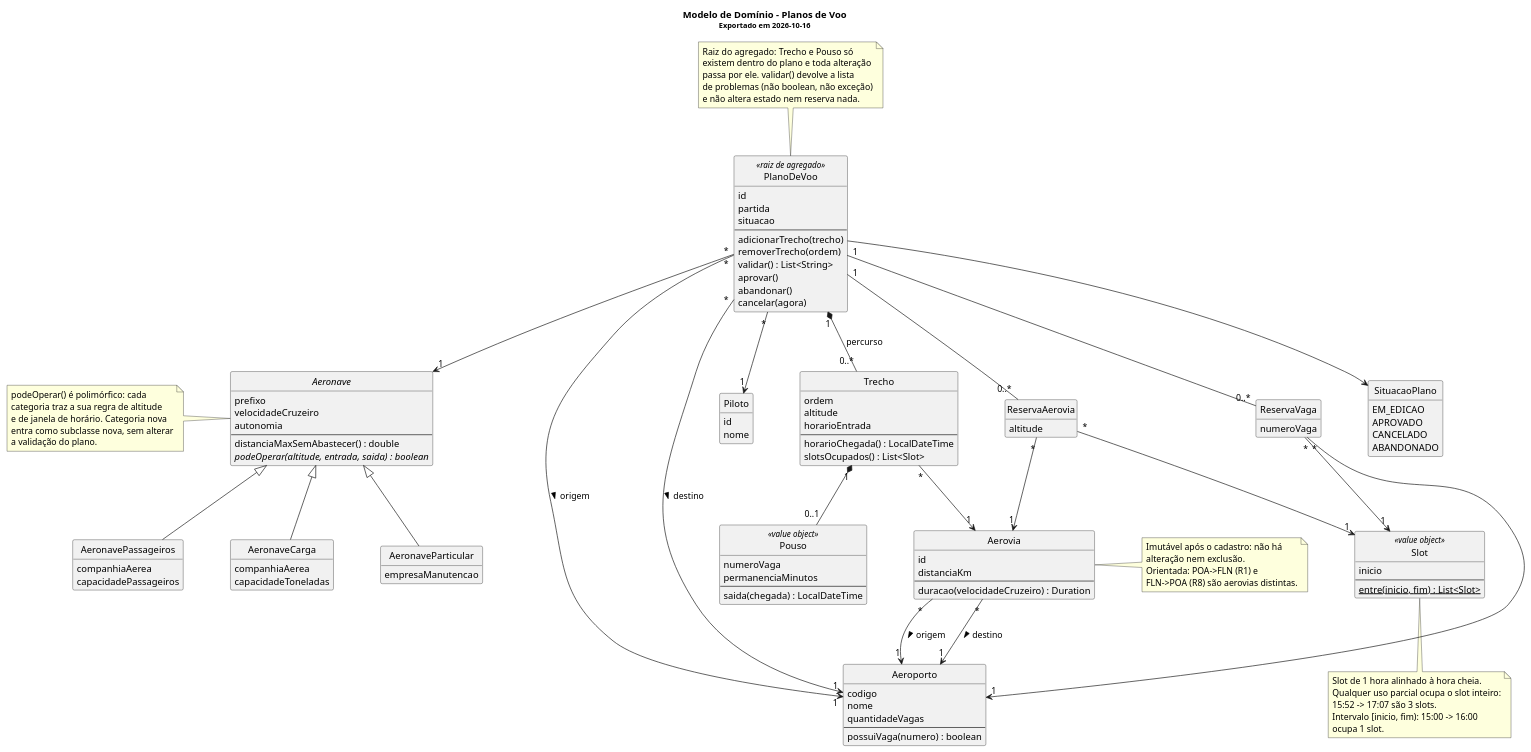
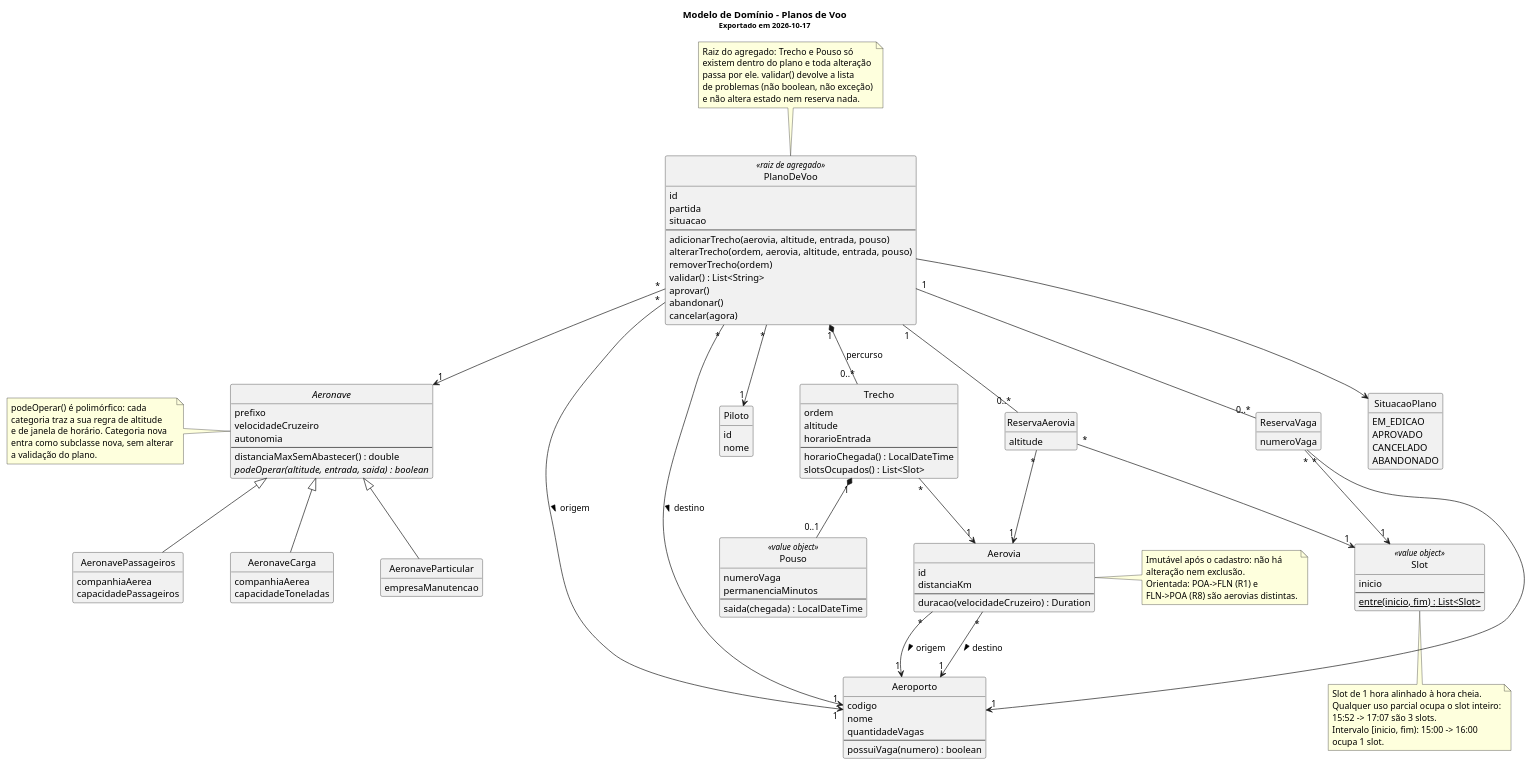
The diagram in docs/dominio/modelo-dominio.puml (antoniocosta0/trabalho-projaq), drawn with PlantUML before and after one commit. The commit also changed 21 other files, not shown here.

```diff
--- a/docs/dominio/modelo-dominio.puml
+++ b/docs/dominio/modelo-dominio.puml
@@ -1,164 +1,165 @@
 @startuml
 ' Modelo de domínio - Sistema de Gestão de Planos de Voo
 ' PUCRS - Projeto e Arquitetura de Software - 2026/2 - turma 340
 ' Entrega de 05/10. Fonte versionada; o .png é exportado deste arquivo.
 
 title
   Modelo de Domínio - Planos de Voo
-  <size:11>Exportado em 2026-10-16</size>
+  <size:11>Exportado em 2026-10-17</size>
 end title
 hide circle
 hide empty members
 skinparam classAttributeIconSize 0
 skinparam shadowing false
 skinparam nodesep 70
 skinparam ranksep 70
 
 class Aeroporto {
   codigo
   nome
   quantidadeVagas
   --
   possuiVaga(numero) : boolean
 }
 
 class Aerovia {
   id
   distanciaKm
   --
   duracao(velocidadeCruzeiro) : Duration
 }
 
 note right of Aerovia
   Imutável após o cadastro: não há
   alteração nem exclusão.
   Orientada: POA->FLN (R1) e
   FLN->POA (R8) são aerovias distintas.
 end note
 
 class Piloto {
   id
   nome
 }
 
 abstract class Aeronave {
   prefixo
   velocidadeCruzeiro
   autonomia
   --
   distanciaMaxSemAbastecer() : double
   {abstract} podeOperar(altitude, entrada, saida) : boolean
 }
 
 note left of Aeronave
   podeOperar() é polimórfico: cada
   categoria traz a sua regra de altitude
   e de janela de horário. Categoria nova
   entra como subclasse nova, sem alterar
   a validação do plano.
 end note
 
 class AeronaveParticular {
   empresaManutencao
 }
 
 class AeronavePassageiros {
   companhiaAerea
   capacidadePassageiros
 }
 
 class AeronaveCarga {
   companhiaAerea
   capacidadeToneladas
 }
 
 class PlanoDeVoo <<raiz de agregado>> {
   id
   partida
   situacao
   --
-  adicionarTrecho(trecho)
+  adicionarTrecho(aerovia, altitude, entrada, pouso)
+  alterarTrecho(ordem, aerovia, altitude, entrada, pouso)
   removerTrecho(ordem)
   validar() : List<String>
   aprovar()
   abandonar()
   cancelar(agora)
 }
 
 note top of PlanoDeVoo
   Raiz do agregado: Trecho e Pouso só
   existem dentro do plano e toda alteração
   passa por ele. validar() devolve a lista
   de problemas (não boolean, não exceção)
   e não altera estado nem reserva nada.
 end note
 
 class Trecho {
   ordem
   altitude
   horarioEntrada
   --
   horarioChegada() : LocalDateTime
   slotsOcupados() : List<Slot>
 }
 
 class Pouso <<value object>> {
   numeroVaga
   permanenciaMinutos
   --
   saida(chegada) : LocalDateTime
 }
 
 class Slot <<value object>> {
   inicio
   --
   {static} entre(inicio, fim) : List<Slot>
 }
 
 note bottom of Slot
   Slot de 1 hora alinhado à hora cheia.
   Qualquer uso parcial ocupa o slot inteiro:
   15:52 -> 17:07 são 3 slots.
   Intervalo [inicio, fim): 15:00 -> 16:00
   ocupa 1 slot.
 end note
 
 class ReservaAerovia {
   altitude
 }
 
 class ReservaVaga {
   numeroVaga
 }
 
 enum SituacaoPlano {
   EM_EDICAO
   APROVADO
   CANCELADO
   ABANDONADO
 }
 
 Aerovia "*" --> "1" Aeroporto : origem >
 Aerovia "*" --> "1" Aeroporto : destino >
 
 Aeronave <|-- AeronaveParticular
 Aeronave <|-- AeronavePassageiros
 Aeronave <|-- AeronaveCarga
 
 PlanoDeVoo "*" --> "1" Piloto
 PlanoDeVoo "*" --> "1" Aeronave
 PlanoDeVoo "*" --> "1" Aeroporto : origem >
 PlanoDeVoo "*" --> "1" Aeroporto : destino >
 PlanoDeVoo --> SituacaoPlano
 PlanoDeVoo "1" *-- "0..*" Trecho : percurso
 Trecho "*" --> "1" Aerovia
 Trecho "1" *-- "0..1" Pouso
 
 PlanoDeVoo "1" -- "0..*" ReservaAerovia
 PlanoDeVoo "1" -- "0..*" ReservaVaga
 ReservaAerovia "*" --> "1" Aerovia
 ReservaAerovia "*" --> "1" Slot
 ReservaVaga "*" --> "1" Aeroporto
 ReservaVaga "*" --> "1" Slot
 
 @enduml
```
